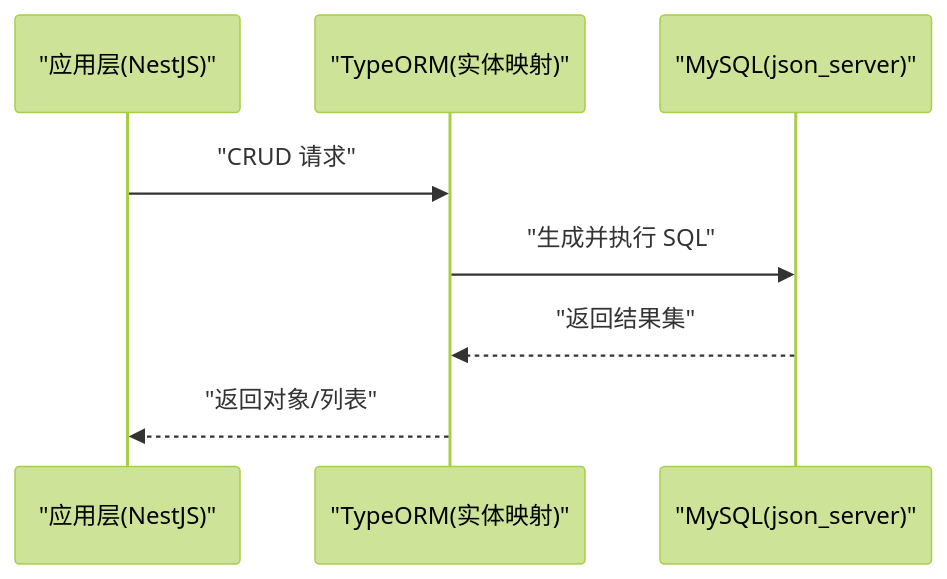
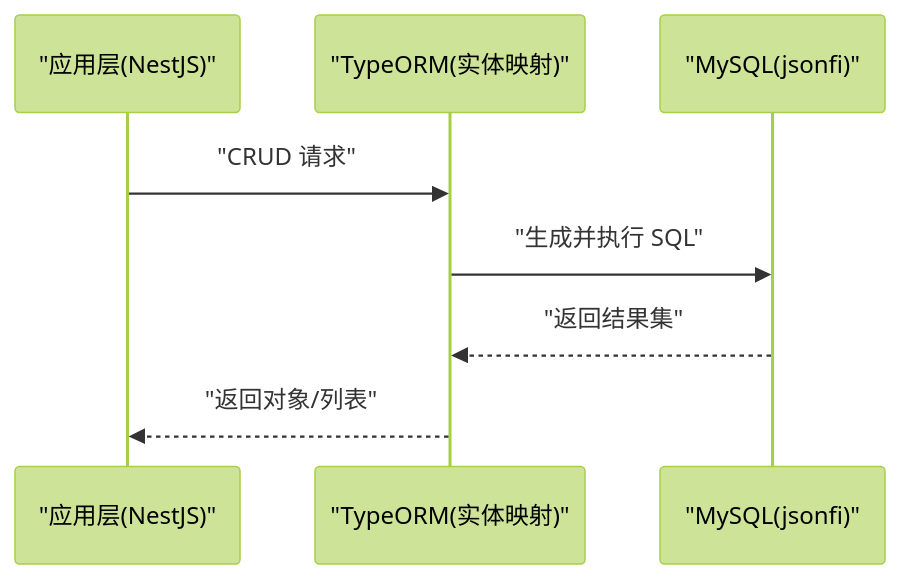
The second of 4 diagrams in .qoder/repowiki/zh/content/数据库设计.md (JsonFish/json-server), drawn with Mermaid (forest theme) before and after one commit. The commit also changed other lines of this file and 52 other files, not shown here.

````diff
--- a/.qoder/repowiki/zh/content/数据库设计.md
+++ b/.qoder/repowiki/zh/content/数据库设计.md
@@ -80,10 +86,10 @@
 ```mermaid
 sequenceDiagram
 participant App as "应用层(NestJS)"
 participant ORM as "TypeORM(实体映射)"
-participant DB as "MySQL(json_server)"
+participant DB as "MySQL(jsonfi)"
 App->>ORM : "CRUD 请求"
 ORM->>DB : "生成并执行 SQL"
 DB-->>ORM : "返回结果集"
 ORM-->>App : "返回对象/列表"
 ```
````
